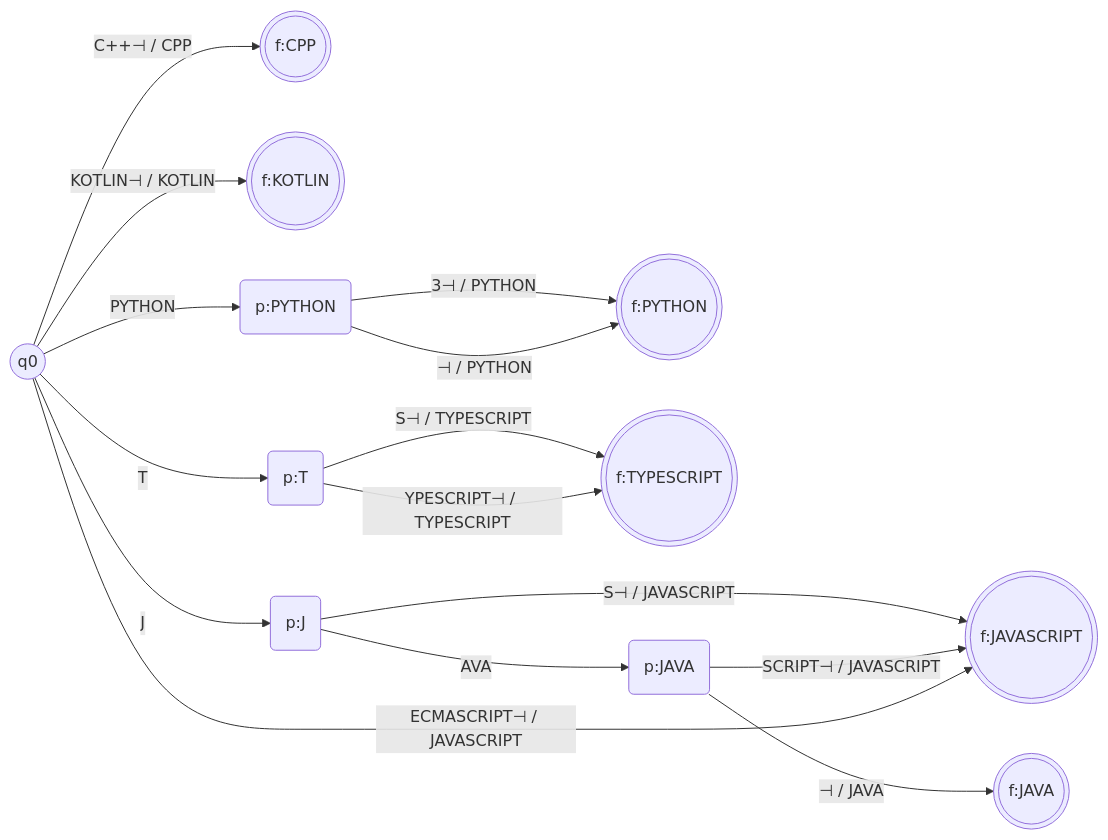
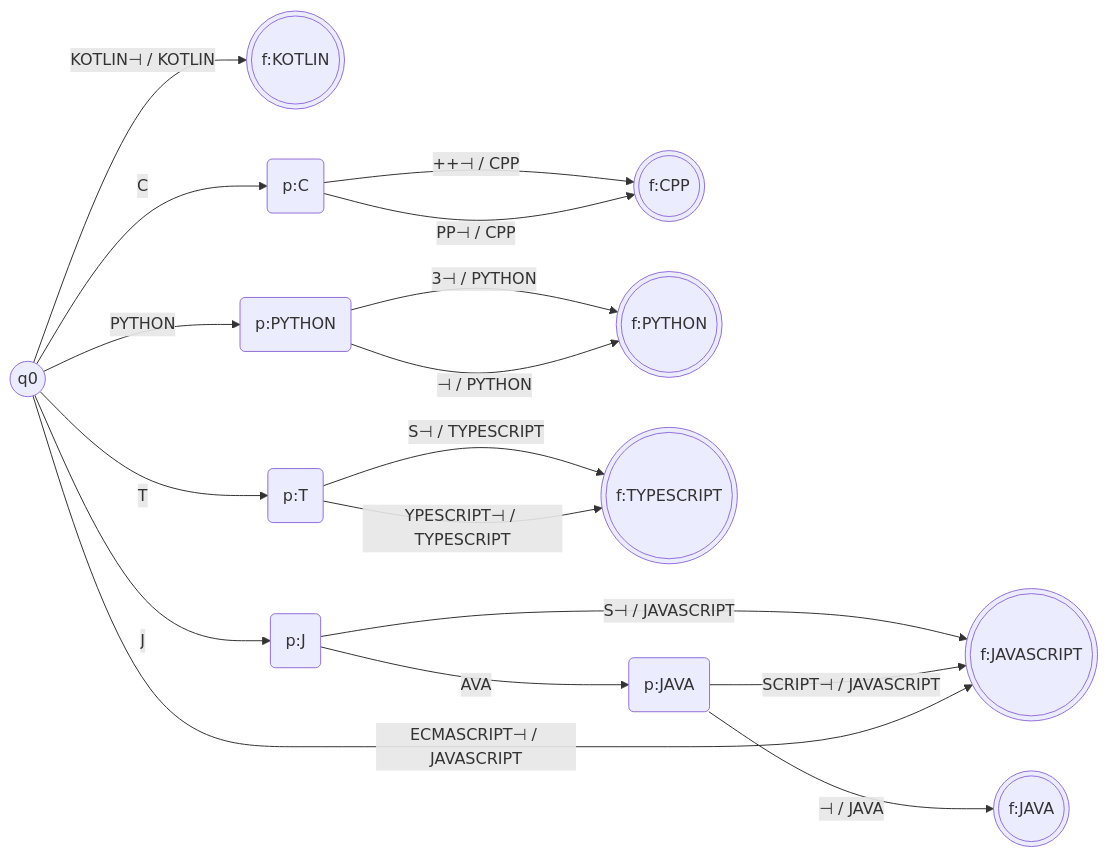
The second of 4 diagrams in docs/normalization-transducers.md (Slaverde/Integrative_Task-LasTrillizas), drawn with Mermaid before and after one commit. The commit also changed other lines of this file and 8 other files, not shown here.

````diff
--- a/docs/normalization-transducers.md
+++ b/docs/normalization-transducers.md
@@ -149,28 +149,31 @@
 ```mermaid
 flowchart LR
     n0((("f:CPP")))
     n1((("f:JAVA")))
     n2((("f:JAVASCRIPT")))
     n3((("f:KOTLIN")))
     n4((("f:PYTHON")))
     n5((("f:TYPESCRIPT")))
-    n6("p:J")
-    n7("p:JAVA")
-    n8("p:PYTHON")
-    n9("p:T")
-    n10(("q0"))
-    n6 -->|"AVA"| n7
-    n6 -->|"S⊣ / JAVASCRIPT"| n2
-    n7 -->|"SCRIPT⊣ / JAVASCRIPT"| n2
-    n7 -->|"⊣ / JAVA"| n1
-    n8 -->|"3⊣ / PYTHON"| n4
-    n8 -->|"⊣ / PYTHON"| n4
-    n9 -->|"S⊣ / TYPESCRIPT"| n5
-    n9 -->|"YPESCRIPT⊣ / TYPESCRIPT"| n5
-    n10 -->|"C++⊣ / CPP"| n0
-    n10 -->|"ECMASCRIPT⊣ / JAVASCRIPT"| n2
-    n10 -->|"J"| n6
-    n10 -->|"KOTLIN⊣ / KOTLIN"| n3
-    n10 -->|"PYTHON"| n8
-    n10 -->|"T"| n9
+    n6("p:C")
+    n7("p:J")
+    n8("p:JAVA")
+    n9("p:PYTHON")
+    n10("p:T")
+    n11(("q0"))
+    n6 -->|"++⊣ / CPP"| n0
+    n6 -->|"PP⊣ / CPP"| n0
+    n7 -->|"AVA"| n8
+    n7 -->|"S⊣ / JAVASCRIPT"| n2
+    n8 -->|"SCRIPT⊣ / JAVASCRIPT"| n2
+    n8 -->|"⊣ / JAVA"| n1
+    n9 -->|"3⊣ / PYTHON"| n4
+    n9 -->|"⊣ / PYTHON"| n4
+    n10 -->|"S⊣ / TYPESCRIPT"| n5
+    n10 -->|"YPESCRIPT⊣ / TYPESCRIPT"| n5
+    n11 -->|"C"| n6
+    n11 -->|"ECMASCRIPT⊣ / JAVASCRIPT"| n2
+    n11 -->|"J"| n7
+    n11 -->|"KOTLIN⊣ / KOTLIN"| n3
+    n11 -->|"PYTHON"| n9
+    n11 -->|"T"| n10
 ```
````
